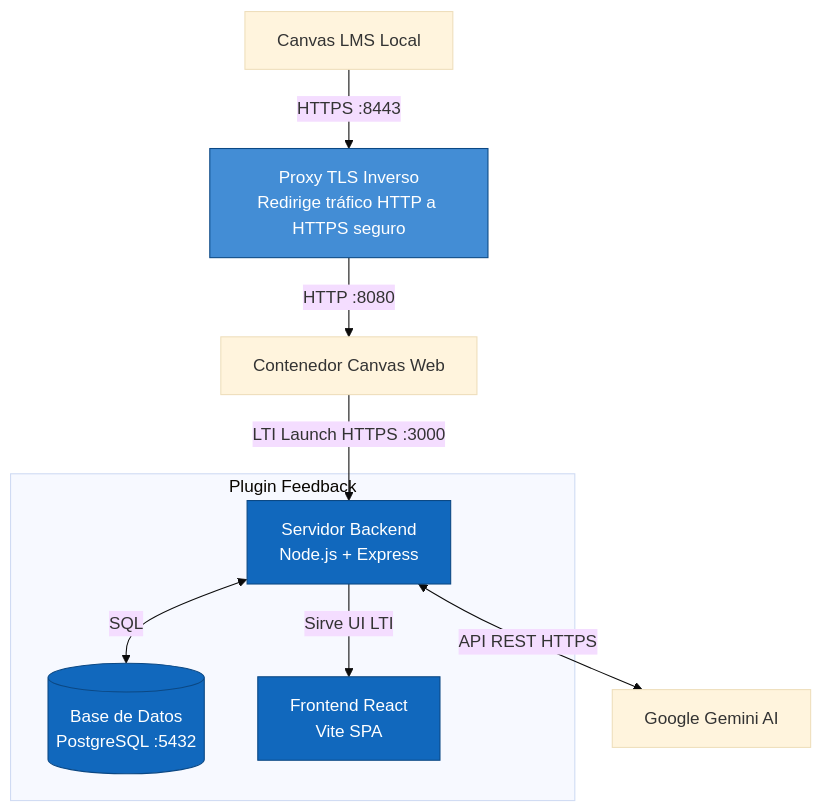
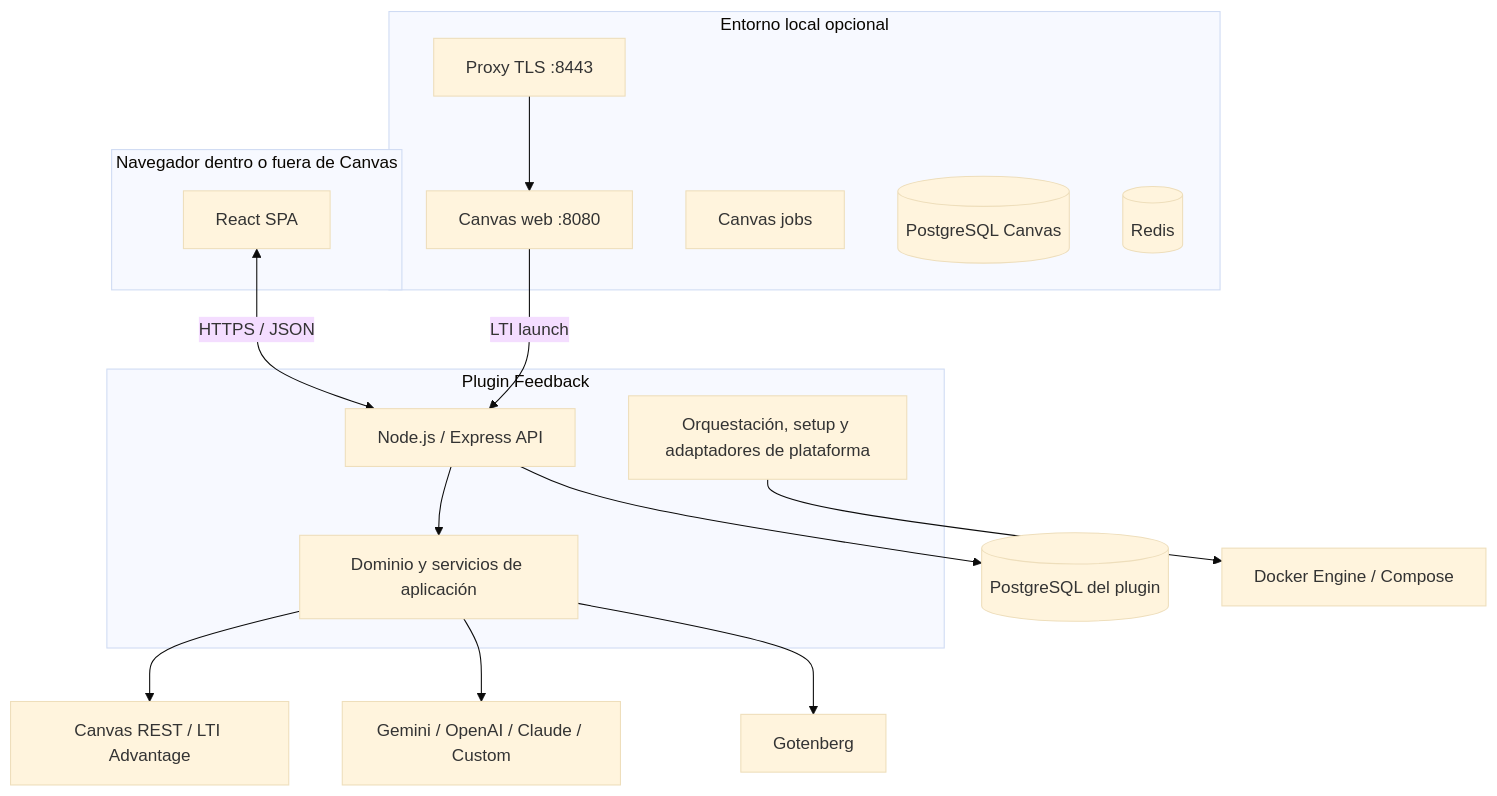
The second of 3 diagrams in docs/ARCHITECTURE.md (JaimeArriagadaRosas/Plugin-Feedback-Canvas), drawn with Mermaid (base theme) before and after one commit. The commit also changed other lines of this file and 498 other files, not shown here.

````diff
--- a/docs/ARCHITECTURE.md
+++ b/docs/ARCHITECTURE.md
@@ -37,19 +30,31 @@
 ```mermaid
-graph TD
-    CanvasEx[Canvas LMS Local] -->|HTTPS :8443| Proxy[Proxy TLS Inverso\nRedirige tráfico HTTP a HTTPS seguro]
-    Proxy -->|HTTP :8080| CanvasWeb[Contenedor Canvas Web]
-    
-    CanvasWeb -->|LTI Launch HTTPS :3000| Backend[Servidor Backend\nNode.js + Express]
-    
-    subgraph Plugin Feedback
-        Backend <-->|SQL| DB[(Base de Datos\nPostgreSQL :5432)]
-        Backend -->|Sirve UI LTI| Frontend[Frontend React\nVite SPA]
+flowchart TB
+    subgraph Browser[Navegador dentro o fuera de Canvas]
+      UI[React SPA]
     end
 
-    Backend <-->|API REST HTTPS| GeminiAI[Google Gemini AI]
+    subgraph Plugin[Plugin Feedback]
+      API[Node.js / Express API]
+      Domain[Dominio y servicios de aplicación]
+      Setup[Orquestación, setup y adaptadores de plataforma]
+    end
 
-    style Backend fill:#1168bd,stroke:#0b4884,color:#ffffff
-    style Frontend fill:#1168bd,stroke:#0b4884,color:#ffffff
-    style DB fill:#1168bd,stroke:#0b4884,color:#ffffff
-    style Proxy fill:#438dd5,stroke:#0b4884,color:#ffffff
+    UI <-->|HTTPS / JSON| API
+    API --> Domain
+    API --> PG[(PostgreSQL del plugin)]
+    Domain --> CanvasAPI[Canvas REST / LTI Advantage]
+    Domain --> AI[Gemini / OpenAI / Claude / Custom]
+    Domain --> Gotenberg
+    Setup --> Docker[Docker Engine / Compose]
+
+    subgraph LocalOnly[Entorno local opcional]
+      TLS[Proxy TLS :8443]
+      CanvasWeb[Canvas web :8080]
+      CanvasJobs[Canvas jobs]
+      CanvasDB[(PostgreSQL Canvas)]
+      Redis[(Redis)]
+    end
+
+    CanvasWeb -->|LTI launch| API
+    TLS --> CanvasWeb
 ```
````
